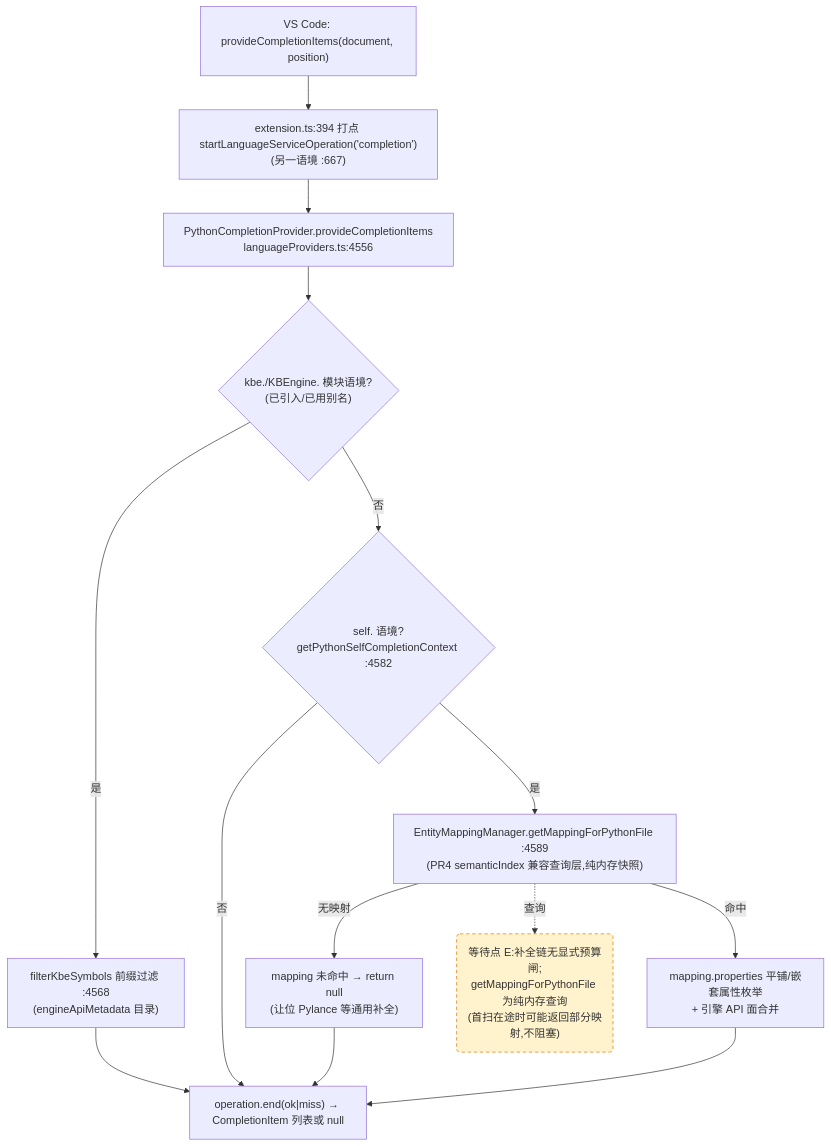
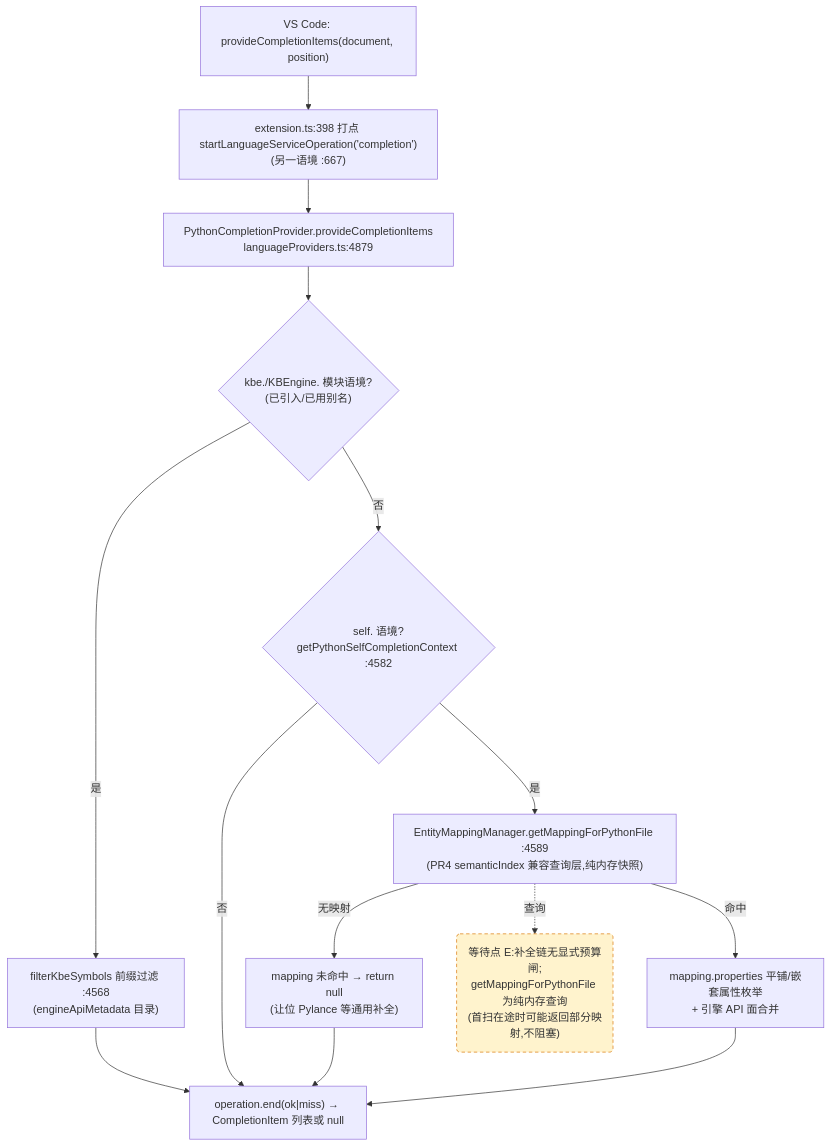
The third of 4 diagrams in docs/perf/2026-baseline.md (cuihairu/kode), drawn with Mermaid before and after one commit. The commit also changed other lines of this file and 2 other files, not shown here.

````diff
--- a/docs/perf/2026-baseline.md
+++ b/docs/perf/2026-baseline.md
@@ -182,27 +182,27 @@
 ```mermaid
 flowchart TD
   VC3["VS Code: provideCompletionItems(document, position)"]
-  M3["extension.ts:394 打点 startLanguageServiceOperation('completion')<br/>(另一语境 :667)"]
-  CP["PythonCompletionProvider.provideCompletionItems<br/>languageProviders.ts:4556"]
+  M3["extension.ts:398 打点 startLanguageServiceOperation('completion')<br/>(另一语境 :667)"]
+  CP["PythonCompletionProvider.provideCompletionItems<br/>languageProviders.ts:4879"]
   KBEC{"kbe./KBEngine. 模块语境?<br/>(已引入/已用别名)"}
   FILTER["filterKbeSymbols 前缀过滤 :4568<br/>(engineApiMetadata 目录)"]
   SELFC{"self. 语境?<br/>getPythonSelfCompletionContext :4582"}
   MAP["EntityMappingManager.getMappingForPythonFile :4589<br/>(PR4 semanticIndex 兼容查询层,纯内存快照)"]
   NOMAP["mapping 未命中 → return null<br/>(让位 Pylance 等通用补全)"]
   PROPS["mapping.properties 平铺/嵌套属性枚举<br/>+ 引擎 API 面合并"]
   END3["operation.end(ok|miss) → CompletionItem 列表或 null"]
 
   VC3 --> M3 --> CP --> KBEC
   KBEC -- "是" --> FILTER --> END3
   KBEC -- "否" --> SELFC
   SELFC -- "否" --> END3
   SELFC -- "是" --> MAP
   MAP -- "无映射" --> NOMAP --> END3
   MAP -- "命中" --> PROPS --> END3
 
   WAITE("等待点 E:补全链无显式预算闸;<br/>getMappingForPythonFile 为纯内存查询<br/>(首扫在途时可能返回部分映射,不阻塞)")
   MAP -.->|查询| WAITE
 
   classDef waitPoint fill:#fff3cd,stroke:#d97706,stroke-dasharray:5 4;
   class WAITE waitPoint;
 ```
````
